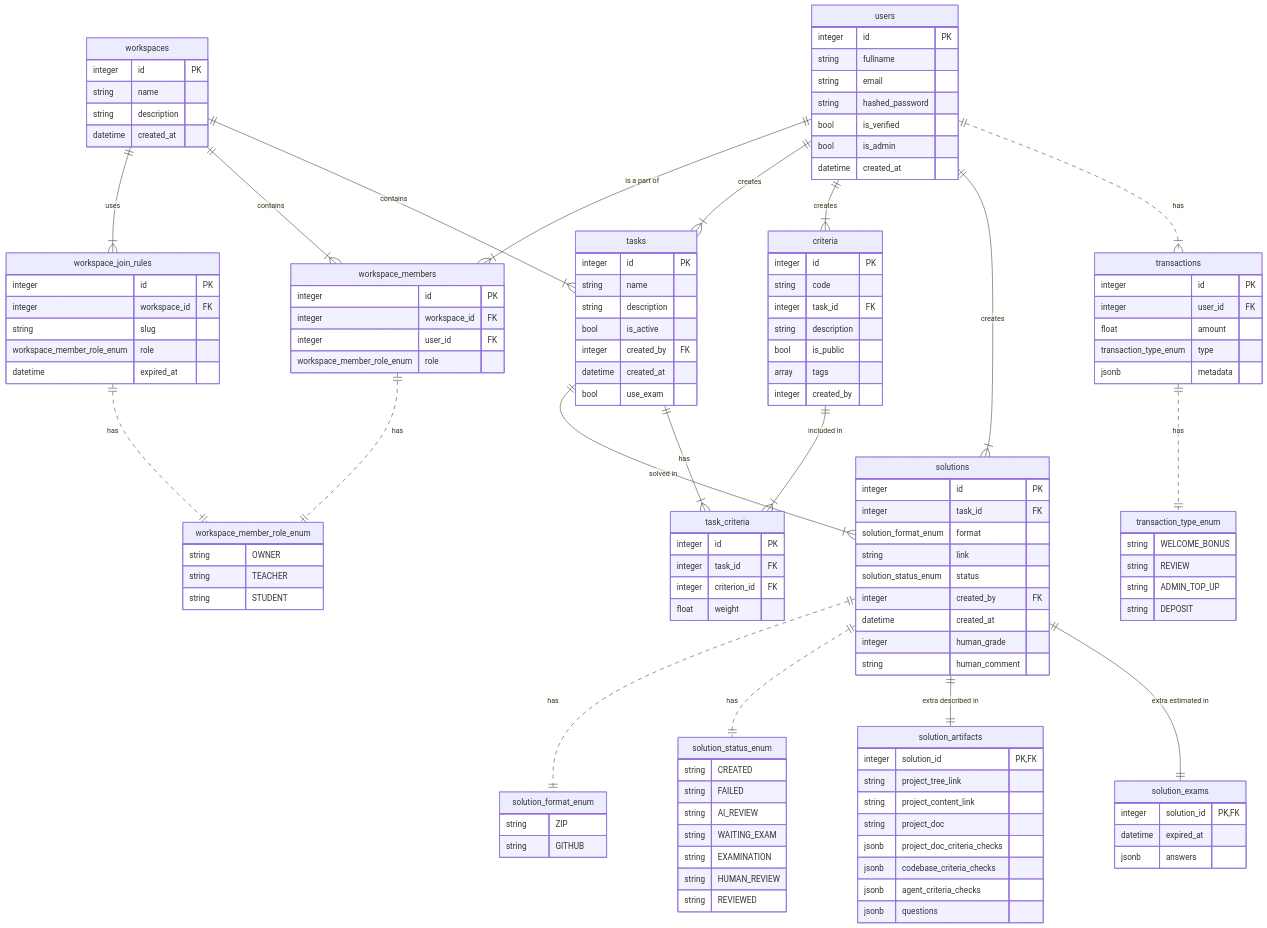
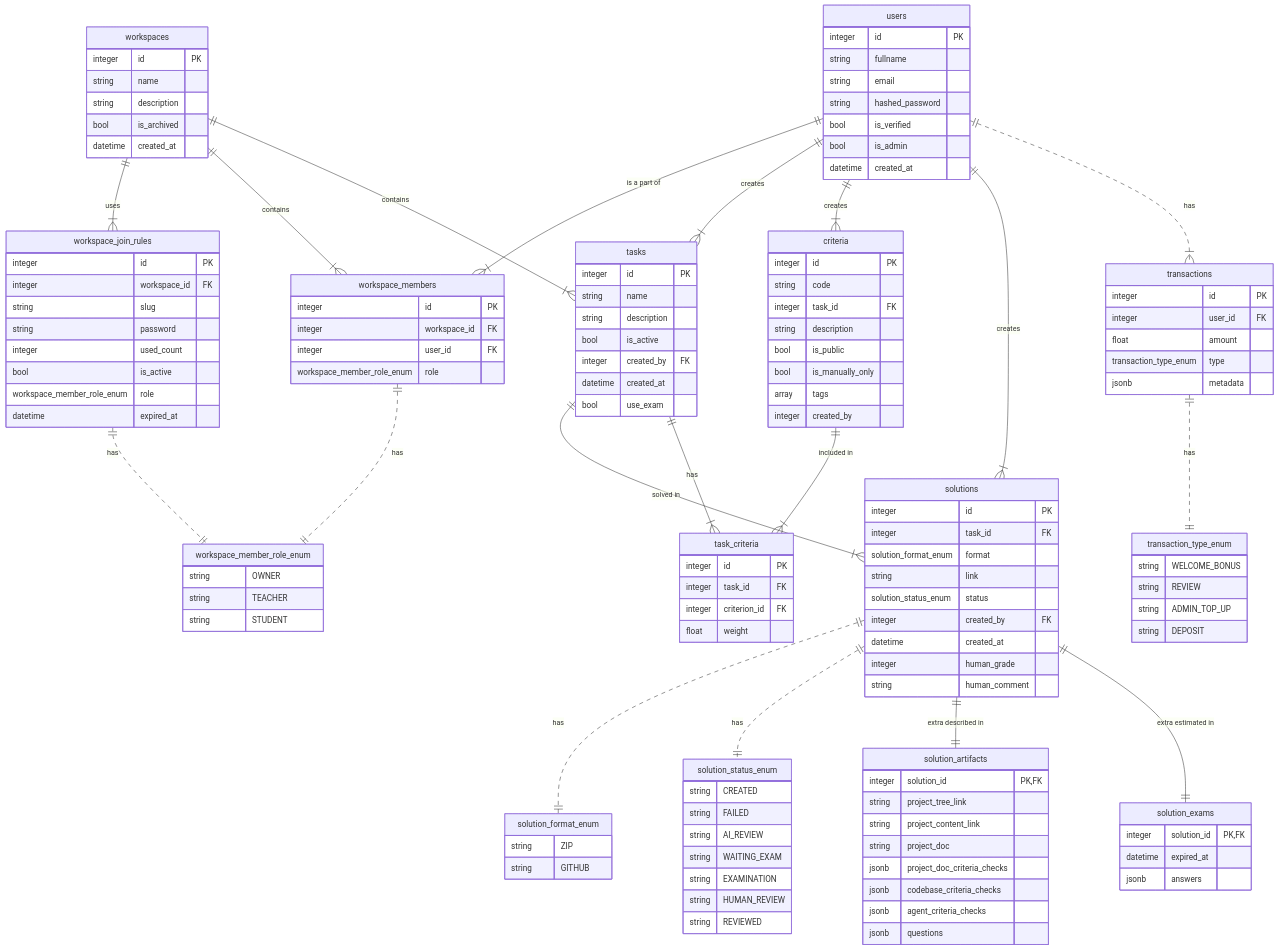
The diagram in docs/architecture/data_model.md (Daniil-Solo/AIReviewBackend), drawn with Mermaid before and after one commit. The commit also changed 63 other files, not shown here.

```diff
--- a/docs/architecture/data_model.md
+++ b/docs/architecture/data_model.md
@@ -16,6 +16,7 @@
         integer id PK
         string name
         string description
+        bool is_archived
         datetime created_at
     }
 
@@ -36,6 +37,9 @@
         integer id PK
         integer workspace_id FK
         string slug
+        string password
+        integer used_count
+        bool is_active
         workspace_member_role_enum role
         datetime expired_at
     }
@@ -56,6 +60,7 @@
         integer task_id FK
         string description
         bool is_public
+        bool is_manually_only
         array tags
         integer created_by
     }
```
